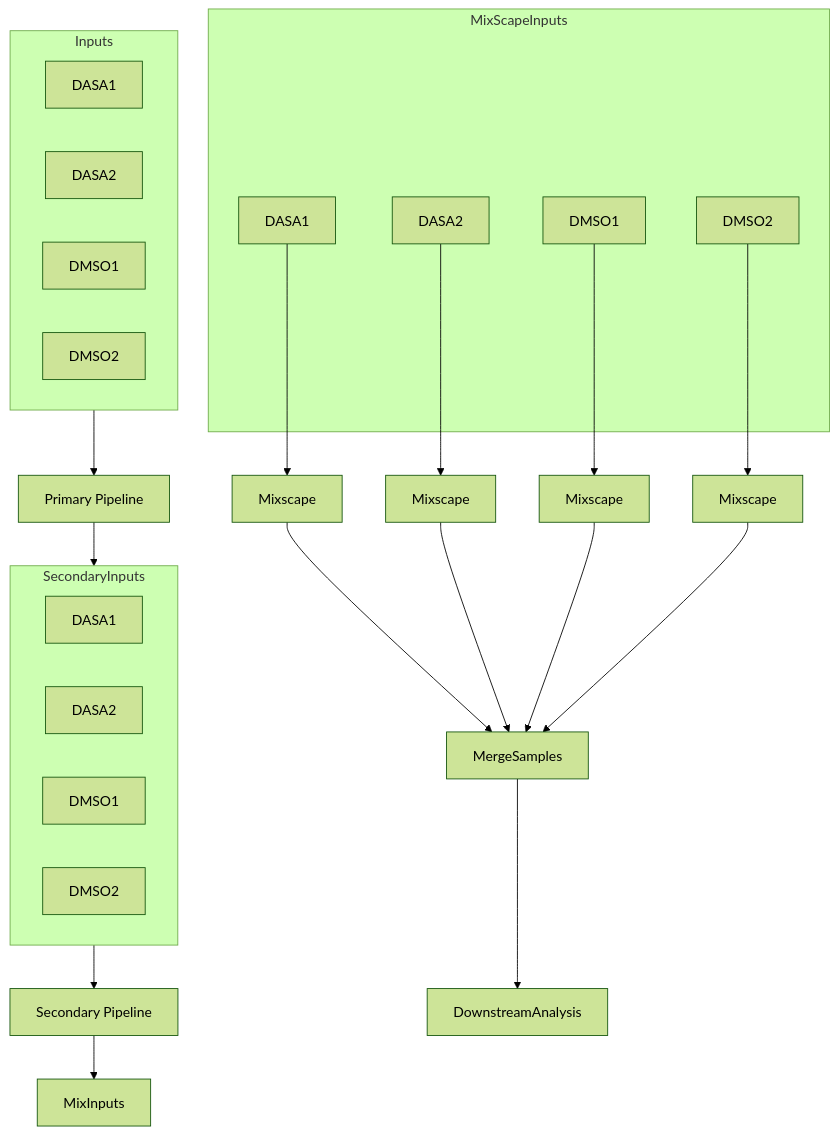
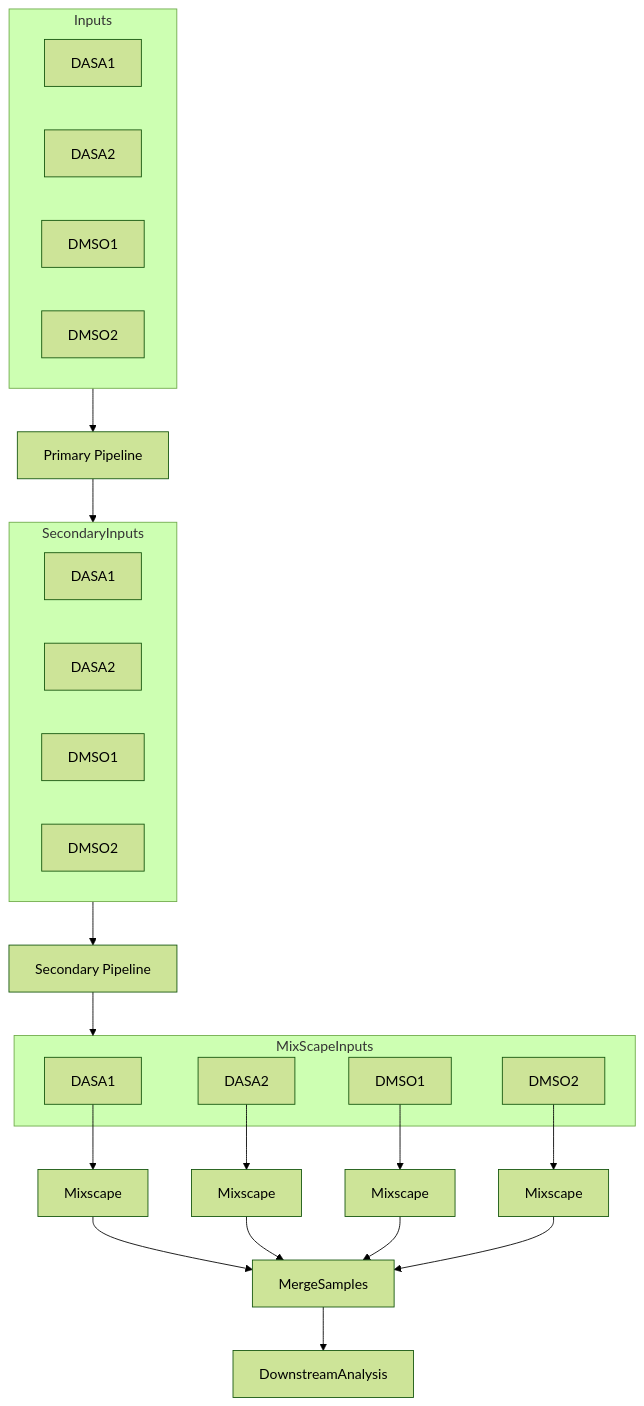
The diagram in README.md (ucsf-lgr/catatac_public), drawn with Mermaid (forest theme) before and after one commit.

Commit message:
add chart

````diff
--- a/README.md
+++ b/README.md
@@ -15,34 +15,34 @@
 ```mermaid
 flowchart TD
     subgraph Inputs
         DASA1
         DASA2
         DMSO1
         DMSO2
     end
     Inputs --> Primary[Primary Pipeline]
     Primary --> SecondaryInputs
     subgraph SecondaryInputs
         DASA1S[DASA1]
         DASA2S[DASA2]
         DMSO1S[DMSO1]
         DMSO2S[DMSO2]
     end
     SecondaryInputs --> Secondary[Secondary Pipeline]
-    Secondary --> MixInputs
+    Secondary --> MixScapeInputs
     subgraph MixScapeInputs
         DASA1M[DASA1]
         DASA2M[DASA2]
         DMSO1M[DMSO1]
         DMSO2M[DMSO2]
     end
     DASA1M --> Mix1[Mixscape]
     DASA2M --> Mix2[Mixscape]
     DMSO1M --> Mix3[Mixscape]
     DMSO2M --> Mix4[Mixscape]
     Mix1 --> MergeSamples
     Mix2 --> MergeSamples
     Mix3 --> MergeSamples
     Mix4 --> MergeSamples
     MergeSamples --> DownstreamAnalysis
 ```
````
